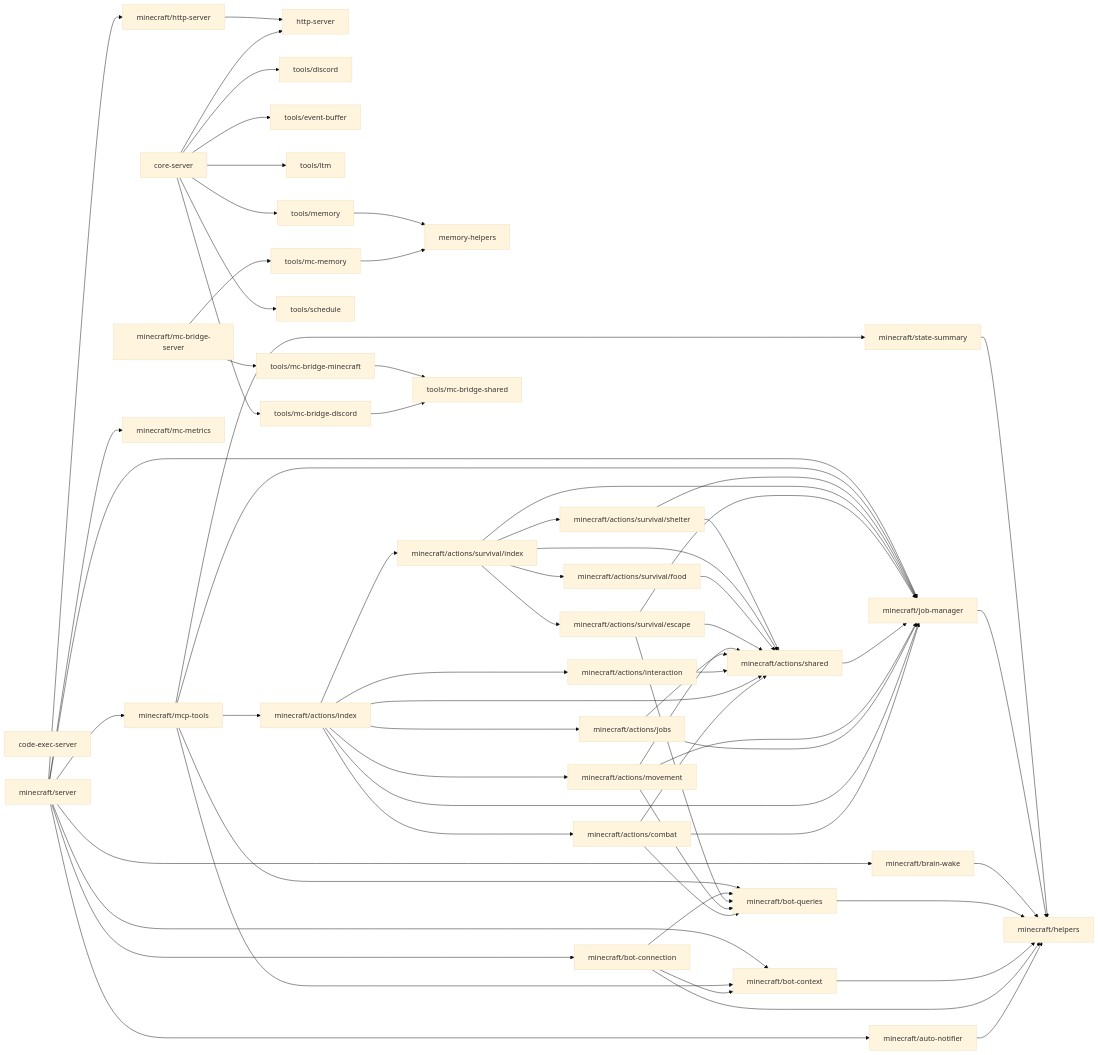
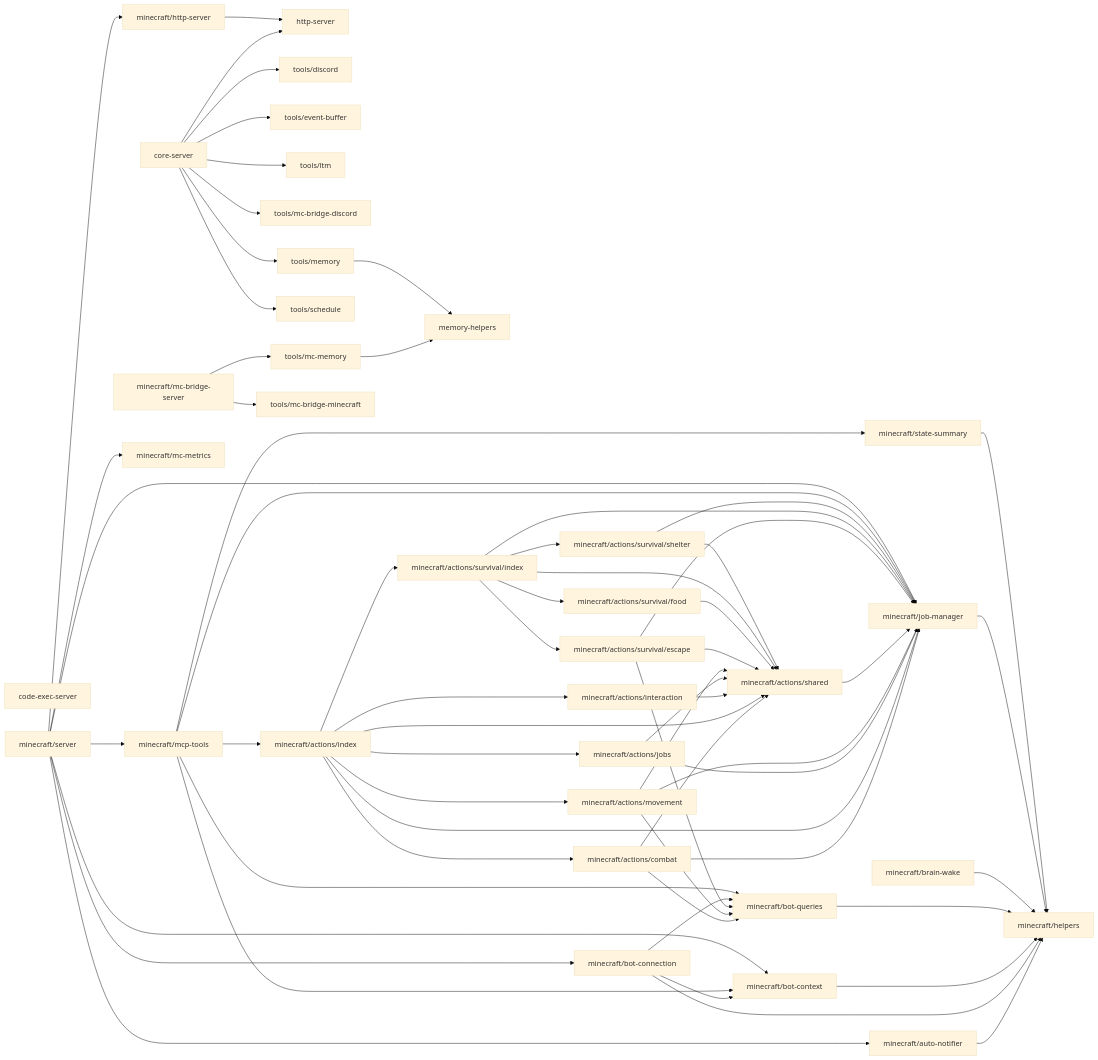
The diagram in src/mcp/DEPS.md (OJII3/vicissitude), drawn with Mermaid (base theme) before and after one commit. The commit also changed other lines of this file and 38 other files, not shown here.

````diff
--- a/src/mcp/DEPS.md
+++ b/src/mcp/DEPS.md
@@ -7,77 +7,75 @@
 ```mermaid
 graph LR
   code_exec_server["code-exec-server"]
   core_server["core-server"] --> http_server["http-server"]
   core_server["core-server"] --> tools_discord["tools/discord"]
   core_server["core-server"] --> tools_event_buffer["tools/event-buffer"]
   core_server["core-server"] --> tools_ltm["tools/ltm"]
   core_server["core-server"] --> tools_mc_bridge_discord["tools/mc-bridge-discord"]
   core_server["core-server"] --> tools_memory["tools/memory"]
   core_server["core-server"] --> tools_schedule["tools/schedule"]
   http_server["http-server"]
   memory_helpers["memory-helpers"]
   minecraft_actions_combat["minecraft/actions/combat"] --> minecraft_actions_shared["minecraft/actions/shared"]
   minecraft_actions_combat["minecraft/actions/combat"] --> minecraft_bot_queries["minecraft/bot-queries"]
   minecraft_actions_combat["minecraft/actions/combat"] --> minecraft_job_manager["minecraft/job-manager"]
   minecraft_actions_index["minecraft/actions/index"] --> minecraft_actions_combat["minecraft/actions/combat"]
   minecraft_actions_index["minecraft/actions/index"] --> minecraft_actions_interaction["minecraft/actions/interaction"]
   minecraft_actions_index["minecraft/actions/index"] --> minecraft_actions_jobs["minecraft/actions/jobs"]
   minecraft_actions_index["minecraft/actions/index"] --> minecraft_actions_movement["minecraft/actions/movement"]
   minecraft_actions_index["minecraft/actions/index"] --> minecraft_actions_shared["minecraft/actions/shared"]
   minecraft_actions_index["minecraft/actions/index"] --> minecraft_actions_survival_index["minecraft/actions/survival/index"]
   minecraft_actions_index["minecraft/actions/index"] --> minecraft_job_manager["minecraft/job-manager"]
   minecraft_actions_interaction["minecraft/actions/interaction"] --> minecraft_actions_shared["minecraft/actions/shared"]
   minecraft_actions_jobs["minecraft/actions/jobs"] --> minecraft_actions_shared["minecraft/actions/shared"]
   minecraft_actions_jobs["minecraft/actions/jobs"] --> minecraft_job_manager["minecraft/job-manager"]
   minecraft_actions_movement["minecraft/actions/movement"] --> minecraft_actions_shared["minecraft/actions/shared"]
   minecraft_actions_movement["minecraft/actions/movement"] --> minecraft_bot_queries["minecraft/bot-queries"]
   minecraft_actions_movement["minecraft/actions/movement"] --> minecraft_job_manager["minecraft/job-manager"]
   minecraft_actions_shared["minecraft/actions/shared"] --> minecraft_job_manager["minecraft/job-manager"]
   minecraft_actions_survival_escape["minecraft/actions/survival/escape"] --> minecraft_actions_shared["minecraft/actions/shared"]
   minecraft_actions_survival_escape["minecraft/actions/survival/escape"] --> minecraft_bot_queries["minecraft/bot-queries"]
   minecraft_actions_survival_escape["minecraft/actions/survival/escape"] --> minecraft_job_manager["minecraft/job-manager"]
   minecraft_actions_survival_food["minecraft/actions/survival/food"] --> minecraft_actions_shared["minecraft/actions/shared"]
   minecraft_actions_survival_index["minecraft/actions/survival/index"] --> minecraft_actions_shared["minecraft/actions/shared"]
   minecraft_actions_survival_index["minecraft/actions/survival/index"] --> minecraft_actions_survival_escape["minecraft/actions/survival/escape"]
   minecraft_actions_survival_index["minecraft/actions/survival/index"] --> minecraft_actions_survival_food["minecraft/actions/survival/food"]
   minecraft_actions_survival_index["minecraft/actions/survival/index"] --> minecraft_actions_survival_shelter["minecraft/actions/survival/shelter"]
   minecraft_actions_survival_index["minecraft/actions/survival/index"] --> minecraft_job_manager["minecraft/job-manager"]
   minecraft_actions_survival_shelter["minecraft/actions/survival/shelter"] --> minecraft_actions_shared["minecraft/actions/shared"]
   minecraft_actions_survival_shelter["minecraft/actions/survival/shelter"] --> minecraft_job_manager["minecraft/job-manager"]
   minecraft_auto_notifier["minecraft/auto-notifier"] --> minecraft_helpers["minecraft/helpers"]
   minecraft_bot_connection["minecraft/bot-connection"] --> minecraft_bot_context["minecraft/bot-context"]
   minecraft_bot_connection["minecraft/bot-connection"] --> minecraft_bot_queries["minecraft/bot-queries"]
   minecraft_bot_connection["minecraft/bot-connection"] --> minecraft_helpers["minecraft/helpers"]
   minecraft_bot_context["minecraft/bot-context"] --> minecraft_helpers["minecraft/helpers"]
   minecraft_bot_queries["minecraft/bot-queries"] --> minecraft_helpers["minecraft/helpers"]
   minecraft_brain_wake["minecraft/brain-wake"] --> minecraft_helpers["minecraft/helpers"]
   minecraft_helpers["minecraft/helpers"]
   minecraft_http_server["minecraft/http-server"] --> http_server["http-server"]
   minecraft_job_manager["minecraft/job-manager"] --> minecraft_helpers["minecraft/helpers"]
   minecraft_mc_bridge_server["minecraft/mc-bridge-server"] --> tools_mc_bridge_minecraft["tools/mc-bridge-minecraft"]
   minecraft_mc_bridge_server["minecraft/mc-bridge-server"] --> tools_mc_memory["tools/mc-memory"]
   minecraft_mc_metrics["minecraft/mc-metrics"]
   minecraft_mcp_tools["minecraft/mcp-tools"] --> minecraft_actions_index["minecraft/actions/index"]
   minecraft_mcp_tools["minecraft/mcp-tools"] --> minecraft_bot_context["minecraft/bot-context"]
   minecraft_mcp_tools["minecraft/mcp-tools"] --> minecraft_bot_queries["minecraft/bot-queries"]
   minecraft_mcp_tools["minecraft/mcp-tools"] --> minecraft_job_manager["minecraft/job-manager"]
   minecraft_mcp_tools["minecraft/mcp-tools"] --> minecraft_state_summary["minecraft/state-summary"]
   minecraft_server["minecraft/server"] --> minecraft_auto_notifier["minecraft/auto-notifier"]
   minecraft_server["minecraft/server"] --> minecraft_bot_connection["minecraft/bot-connection"]
   minecraft_server["minecraft/server"] --> minecraft_bot_context["minecraft/bot-context"]
-  minecraft_server["minecraft/server"] --> minecraft_brain_wake["minecraft/brain-wake"]
   minecraft_server["minecraft/server"] --> minecraft_http_server["minecraft/http-server"]
   minecraft_server["minecraft/server"] --> minecraft_job_manager["minecraft/job-manager"]
   minecraft_server["minecraft/server"] --> minecraft_mc_metrics["minecraft/mc-metrics"]
   minecraft_server["minecraft/server"] --> minecraft_mcp_tools["minecraft/mcp-tools"]
   minecraft_state_summary["minecraft/state-summary"] --> minecraft_helpers["minecraft/helpers"]
   tools_discord["tools/discord"]
   tools_event_buffer["tools/event-buffer"]
   tools_ltm["tools/ltm"]
-  tools_mc_bridge_discord["tools/mc-bridge-discord"] --> tools_mc_bridge_shared["tools/mc-bridge-shared"]
-  tools_mc_bridge_minecraft["tools/mc-bridge-minecraft"] --> tools_mc_bridge_shared["tools/mc-bridge-shared"]
-  tools_mc_bridge_shared["tools/mc-bridge-shared"]
+  tools_mc_bridge_discord["tools/mc-bridge-discord"]
+  tools_mc_bridge_minecraft["tools/mc-bridge-minecraft"]
   tools_mc_memory["tools/mc-memory"] --> memory_helpers["memory-helpers"]
   tools_memory["tools/memory"] --> memory_helpers["memory-helpers"]
   tools_schedule["tools/schedule"]
 ```
````
